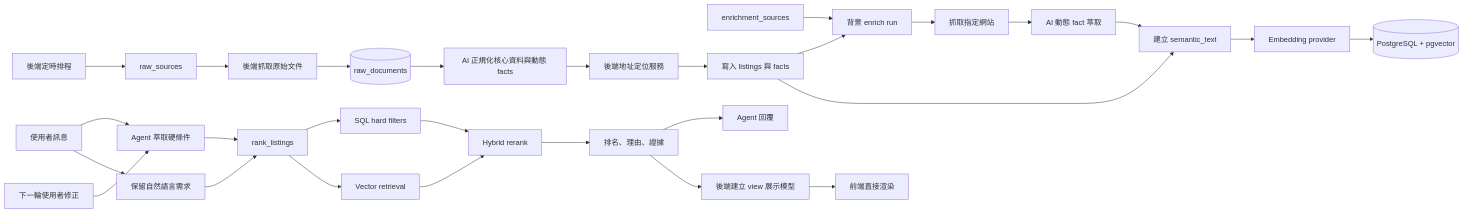
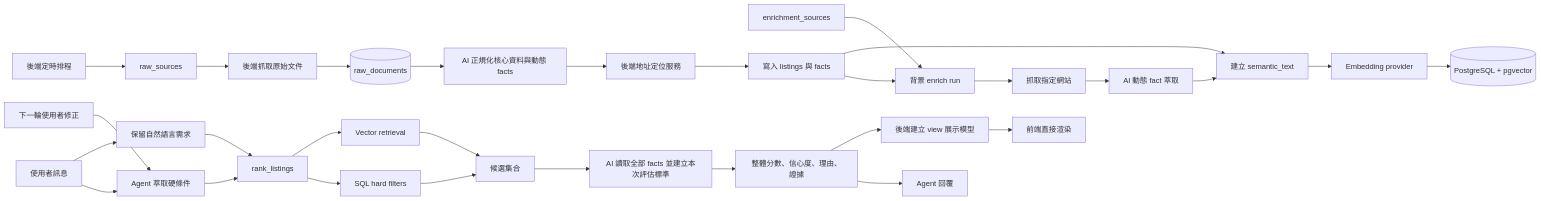
Before and after one commit to JoshHuang9508/DevJam2026: the diagram in docs/data-structures-and-flow.md, drawn with Mermaid. The commit also changed other lines of this file and 34 other files, not shown here.

````diff
--- a/docs/data-structures-and-flow.md
+++ b/docs/data-structures-and-flow.md
@@ -170,30 +164,31 @@
 ```mermaid
 flowchart LR
   T[後端定時排程] --> A[raw_sources]
   A --> B[後端抓取原始文件]
   B --> RAW[(raw_documents)]
   RAW --> PARSE[AI 正規化核心資料與動態 facts]
   PARSE --> C[後端地址定位服務]
   S[enrichment_sources] --> X[背景 enrich run]
   X --> Y[抓取指定網站]
   Y --> Z[AI 動態 fact 萃取]
   C --> E[寫入 listings 與 facts]
   E --> X
   E --> G
   Z --> G[建立 semantic_text]
   G --> V[Embedding provider]
   V --> W[(PostgreSQL + pgvector)]
   H[使用者訊息] --> I[Agent 萃取硬條件]
   H --> J[保留自然語言需求]
   I --> K[rank_listings]
   J --> K
   K --> L[SQL hard filters]
   K --> M[Vector retrieval]
-  L --> N[Hybrid rerank]
+  L --> N[候選集合]
   M --> N
-  N --> O[排名、理由、證據]
+  N --> AI[AI 讀取全部 facts 並建立本次評估標準]
+  AI --> O[整體分數、信心度、理由、證據]
   O --> P[Agent 回覆]
   O --> RENDER[後端建立 view 展示模型]
   RENDER --> Q[前端直接渲染]
   R[下一輪使用者修正] --> I
 ```
````
